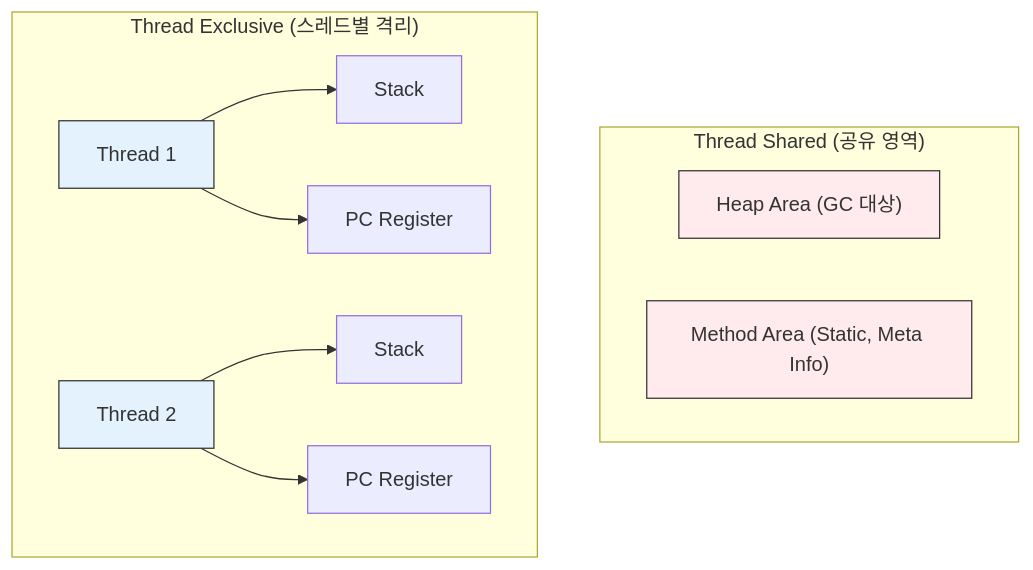
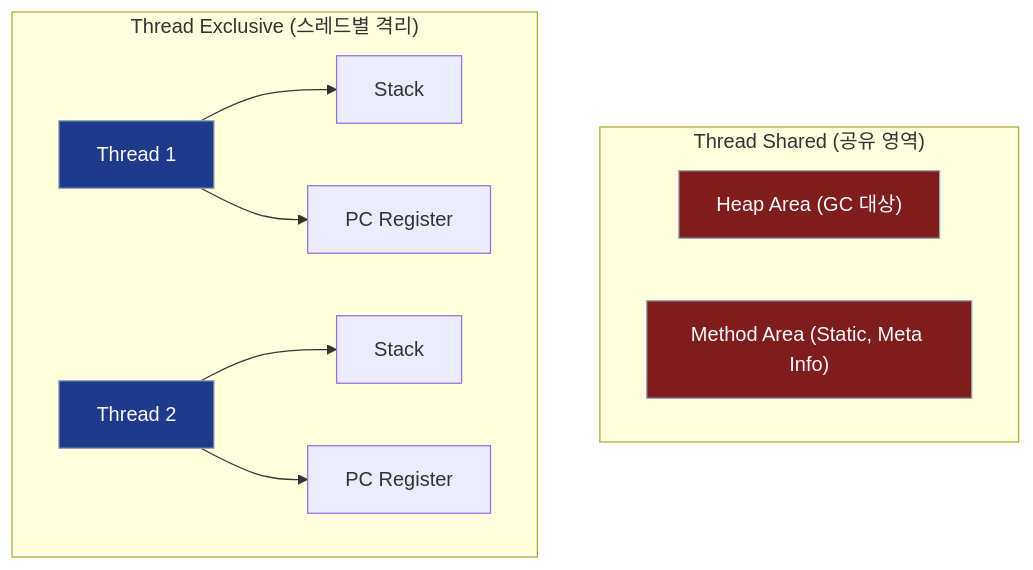
The second of 2 diagrams in _posts/java/07-jvm/2026-01-04-jvm-구성요소.md (Kang-Hyesung/kang-hyesung.github.io), drawn with Mermaid before and after one commit. The commit also changed other lines of this file and 74 other files, not shown here.

Commit message:
docs: update post visibility and mermaid colors

````diff
--- a/_posts/java/07-jvm/2026-01-04-jvm-구성요소.md
+++ b/_posts/java/07-jvm/2026-01-04-jvm-구성요소.md
@@ -53,21 +53,21 @@
 ```mermaid
 graph TB
     subgraph "Thread Shared (공유 영역)"
         Heap["Heap Area (GC 대상)"]
         Method["Method Area (Static, Meta Info)"]
     end
 
     subgraph "Thread Exclusive (스레드별 격리)"
         T1["Thread 1"] --> S1["Stack"]
         T1 --> PC1["PC Register"]
         T2["Thread 2"] --> S2["Stack"]
         T2 --> PC2["PC Register"]
     end
     
     %% 스타일 정의
-    style Heap fill:#ffebee,stroke:#333
-    style Method fill:#ffebee,stroke:#333
-    style T1 fill:#e3f2fd,stroke:#333
-    style T2 fill:#e3f2fd,stroke:#333
+    style Heap fill:#7f1d1d,stroke:#94a3b8,color:#f8fafc
+    style Method fill:#7f1d1d,stroke:#94a3b8,color:#f8fafc
+    style T1 fill:#1e3a8a,stroke:#94a3b8,color:#f8fafc
+    style T2 fill:#1e3a8a,stroke:#94a3b8,color:#f8fafc
 
 ```
````
